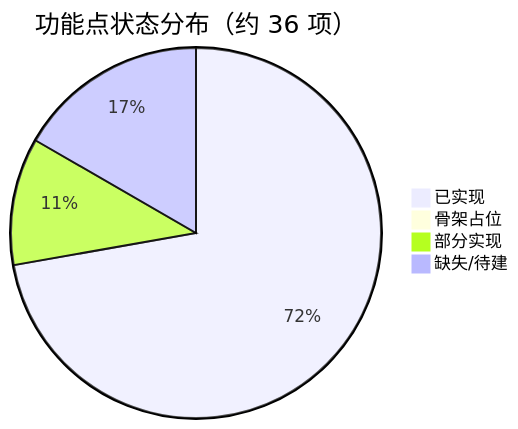
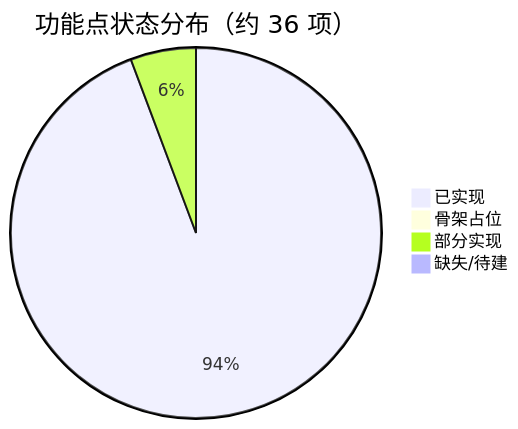
One commit to qoobots/qoorag changed the first of 2 diagrams in .docs/06_功能清单进度文档.md. Above: the diagram before and after it, drawn with Mermaid. The commit also changed other lines of this file and 38 other files, not shown here.

````diff
--- a/.docs/06_功能清单进度文档.md
+++ b/.docs/06_功能清单进度文档.md
@@ -27,7 +29,7 @@
 ```mermaid
 pie title 功能点状态分布（约 36 项）
-    "已实现" : 26
+    "已实现" : 33
     "骨架占位" : 0
-    "部分实现" : 4
-    "缺失/待建" : 6
+    "部分实现" : 2
+    "缺失/待建" : 0
 ```
````
